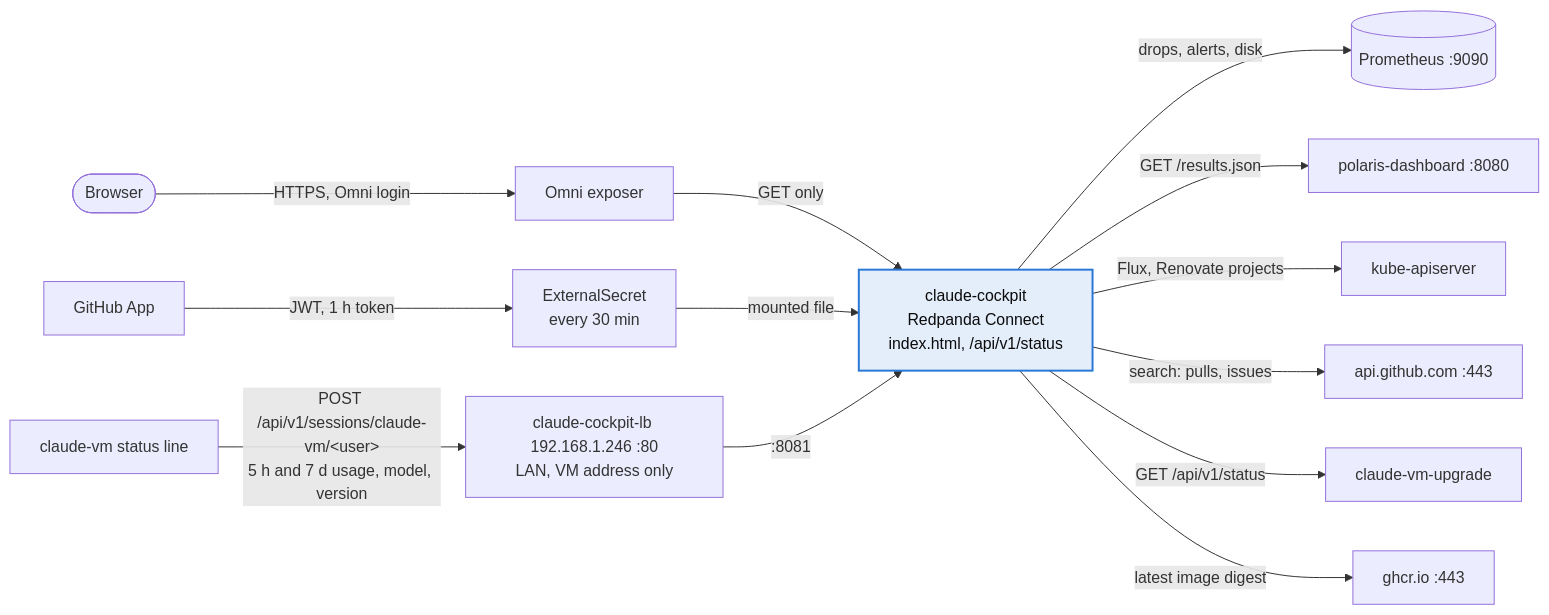
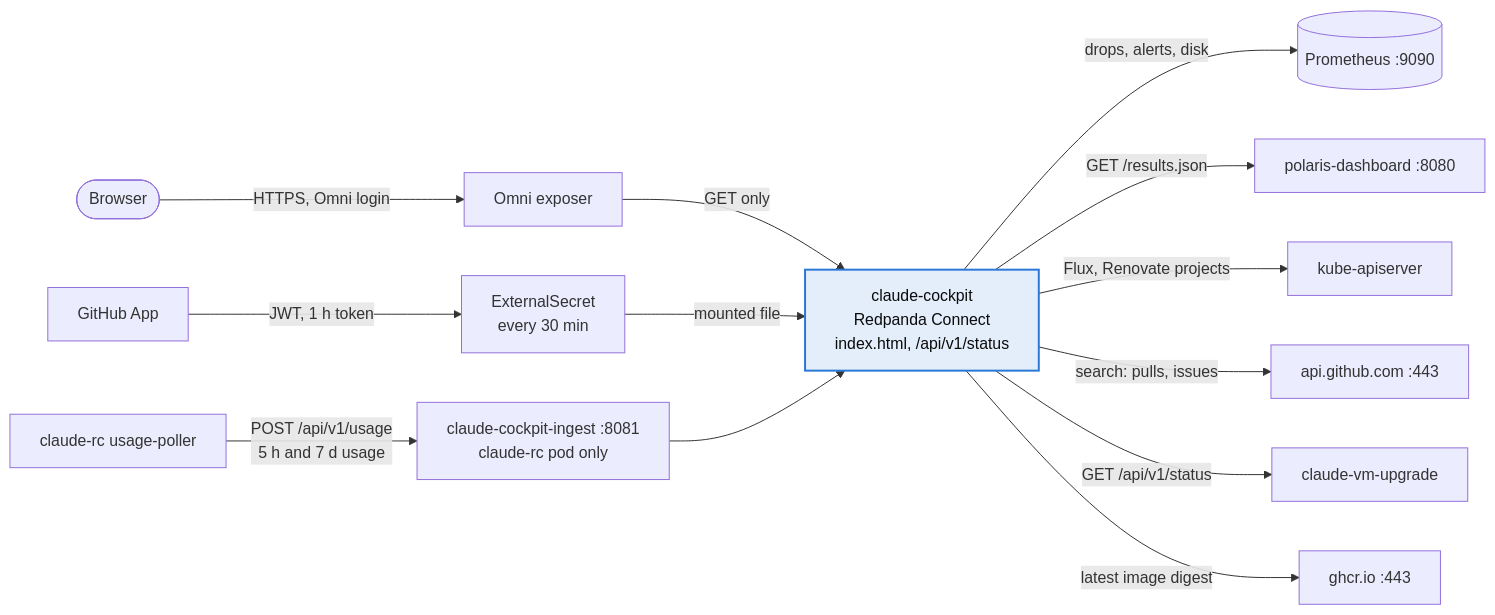
The third of 3 diagrams in k8s/apps/claude-system/README.md (cthtrifork/talos-gitops), drawn with Mermaid before and after one commit. The commit also changed other lines of this file and 6 other files, not shown here.

First line of the commit message:
refactor(claude-system): the cockpit takes one usage value from the claude-rc pod only

````diff
--- a/k8s/apps/claude-system/README.md
+++ b/k8s/apps/claude-system/README.md
@@ -363,21 +363,21 @@
 ```mermaid
 flowchart LR
   you([Browser]) -->|HTTPS, Omni login| omni[Omni exposer]
   omni -->|GET only| cockpit["claude-cockpit<br/>Redpanda Connect<br/>index.html, /api/v1/status"]
 
   cockpit -->|"drops, alerts, disk"| prom[(Prometheus :9090)]
   cockpit -->|"GET /results.json"| polaris[polaris-dashboard :8080]
   cockpit -->|"Flux, Renovate projects"| api[kube-apiserver]
   cockpit -->|"search: pulls, issues"| gh[api.github.com :443]
 
   app[GitHub App] -->|"JWT, 1 h token"| es[ExternalSecret<br/>every 30 min]
   es -->|"mounted file"| cockpit
 
   cockpit -->|"GET /api/v1/status"| vmup[claude-vm-upgrade]
   cockpit -->|"latest image digest"| ghcr[ghcr.io :443]
-  vm[claude-vm status line] -->|"POST /api/v1/sessions/claude-vm/&lt;user&gt;<br/>5 h and 7 d usage, model, version"| lb["claude-cockpit-lb 192.168.1.246 :80<br/>LAN, VM address only"]
-  lb -->|":8081"| cockpit
+  poller["claude-rc usage-poller"] -->|"POST /api/v1/usage<br/>5 h and 7 d usage"| ingest["claude-cockpit-ingest :8081<br/>claude-rc pod only"]
+  ingest --> cockpit
 
   classDef new fill:#e4eefb,stroke:#2a78d6,stroke-width:2px,color:#0b0b0b
   class cockpit new
 ```
````
